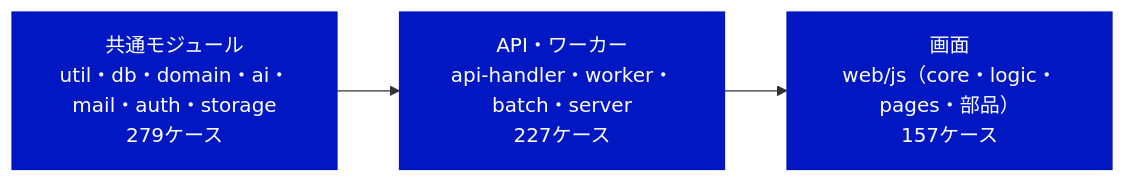
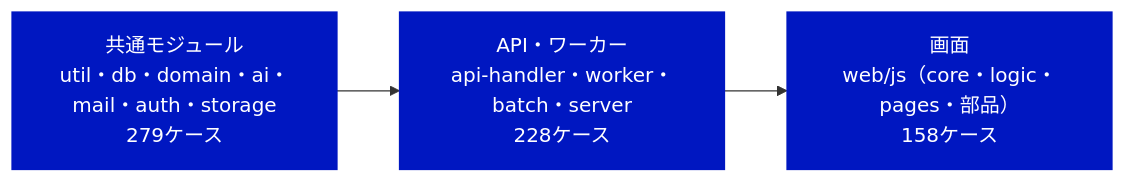
Before and after one commit to pocarialice/rpglearning: the first of 3 diagrams in documents/モジュールテスト結果報告書_RPG学習アプリ.md, drawn with Mermaid. The commit also changed other lines of this file and 3 other files, not shown here.

````diff
--- a/documents/モジュールテスト結果報告書_RPG学習アプリ.md
+++ b/documents/モジュールテスト結果報告書_RPG学習アプリ.md
@@ -23,7 +23,7 @@
 ```mermaid
 flowchart LR
-  A["共通モジュール<br>util・db・domain・ai・mail・auth・storage<br>279ケース"]:::done --> B["API・ワーカー<br>api-handler・worker・batch・server<br>227ケース"]:::done
-  B --> C["画面<br>web/js（core・logic・pages・部品）<br>157ケース"]:::done
+  A["共通モジュール<br>util・db・domain・ai・mail・auth・storage<br>279ケース"]:::done --> B["API・ワーカー<br>api-handler・worker・batch・server<br>228ケース"]:::done
+  B --> C["画面<br>web/js（core・logic・pages・部品）<br>158ケース"]:::done
   classDef done fill:#0017C1,color:#fff,stroke:#0017C1
   classDef todo fill:#fff,color:#414141,stroke:#B4B4B4,stroke-dasharray:4 3
 ```
````
